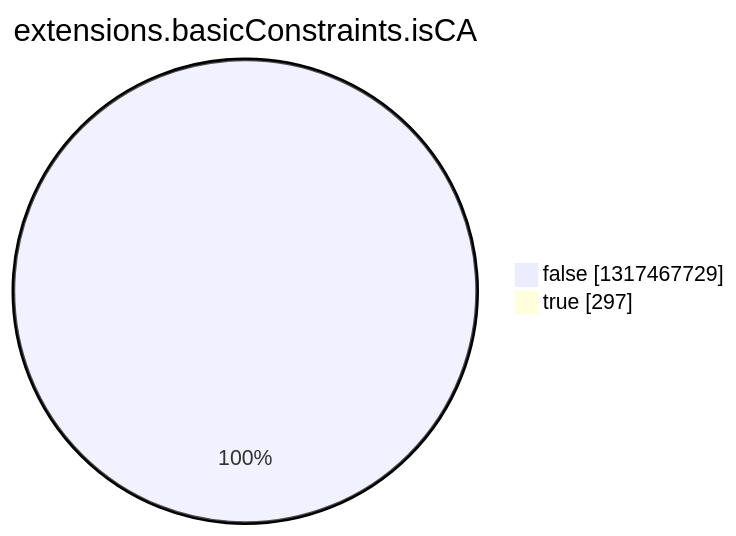
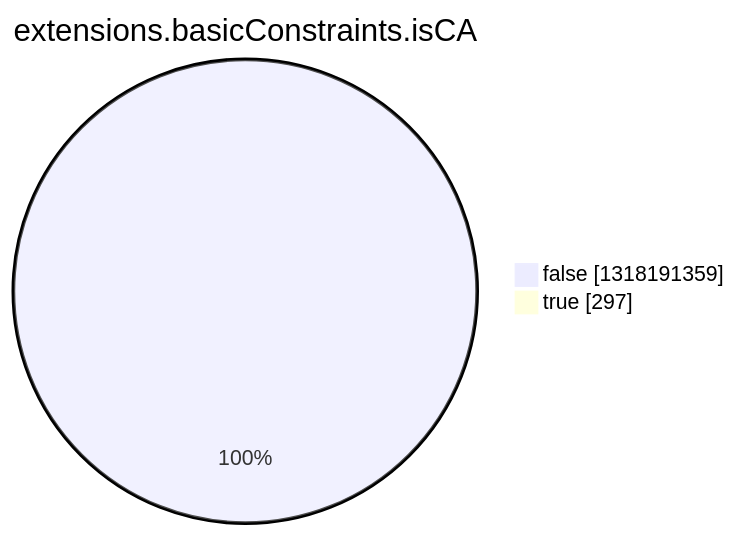
Before and after one commit to christiankrug/ctmonitor_visualization: the eighth of 15 diagrams in argon2022/README.md, drawn with Mermaid. The commit also changed other lines of this file, not shown here.

````diff
--- a/argon2022/README.md
+++ b/argon2022/README.md
@@ -2758,6 +2758,6 @@
 ```mermaid
 pie showData
 title extensions.basicConstraints.isCA
-"false" :1317467729
+"false" :1318191359
 "true" :297
 ```
````
